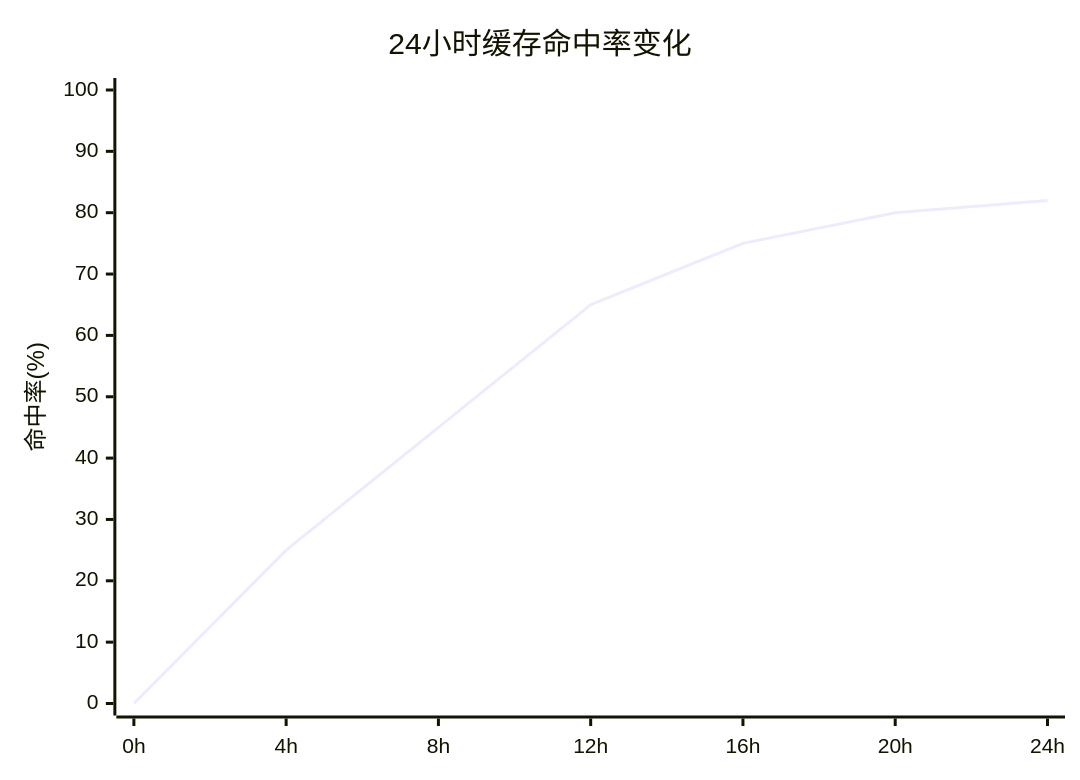
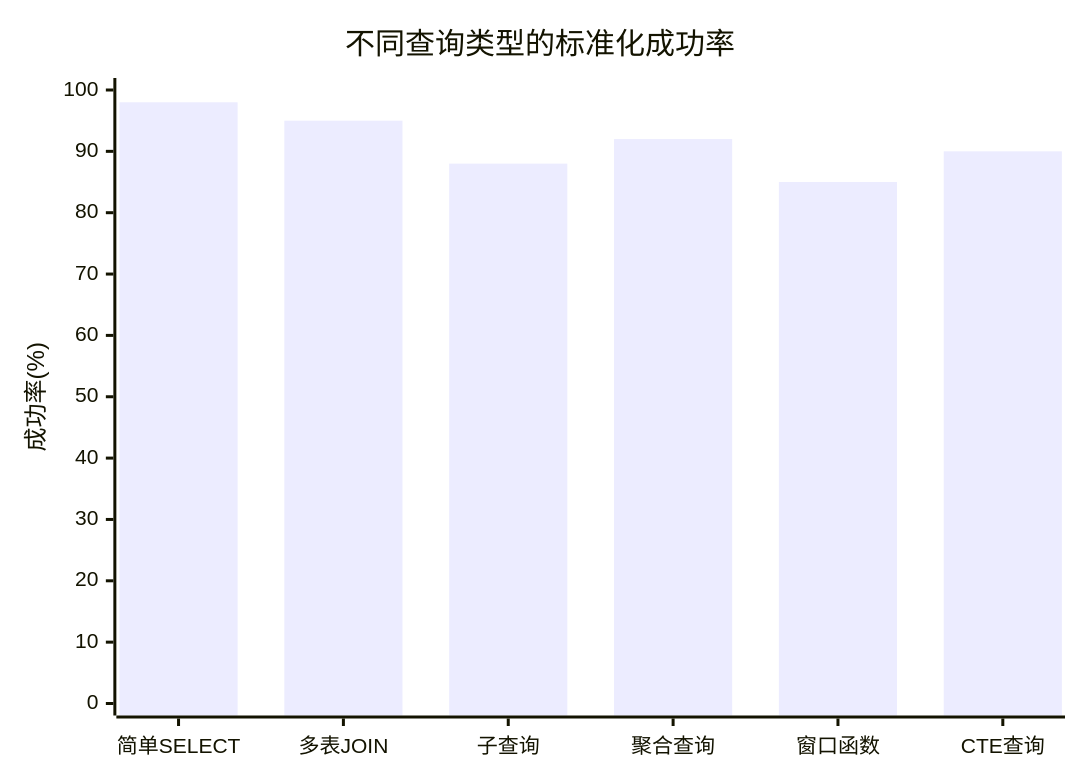
Diagram 11 of 25 in md/第五章-实验与分析.md (crazypenguincode/duckdb), drawn with Mermaid before and after one commit. The commit also changed other lines of this file and 361 other files, not shown here.

````diff
--- a/md/第五章-实验与分析.md
+++ b/md/第五章-实验与分析.md
@@ -489,7 +350,7 @@
 ```mermaid
 xychart-beta
-    title "24小时缓存命中率变化"
-    x-axis [0h, 4h, 8h, 12h, 16h, 20h, 24h]
-    y-axis "命中率(%)" 0 --> 100
-    line [0, 25, 45, 65, 75, 80, 82]
+    title "不同查询类型的标准化成功率"
+    x-axis ["简单SELECT", "多表JOIN", "子查询", "聚合查询", "窗口函数", "CTE查询"]
+    y-axis "成功率(%)" 0 --> 100
+    bar [98, 95, 88, 92, 85, 90]
 ```
````
